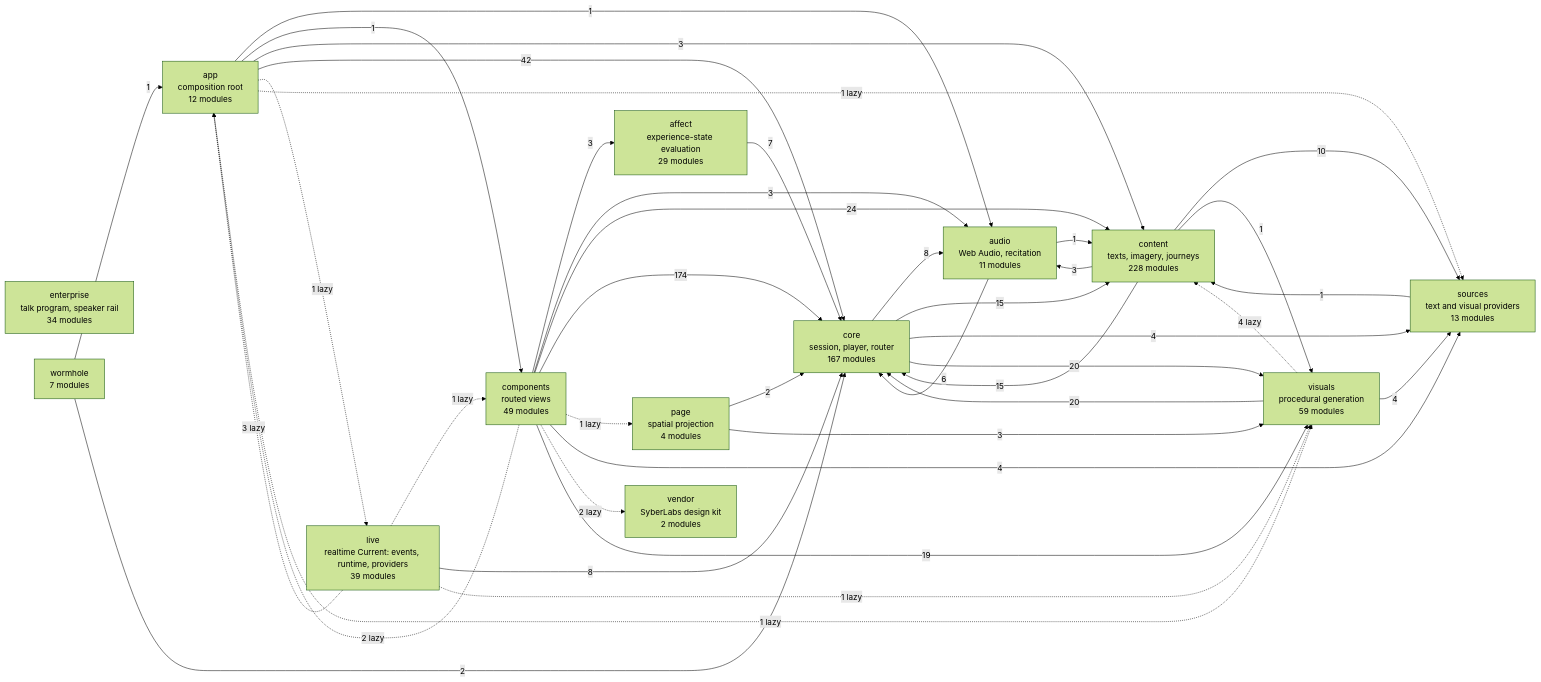
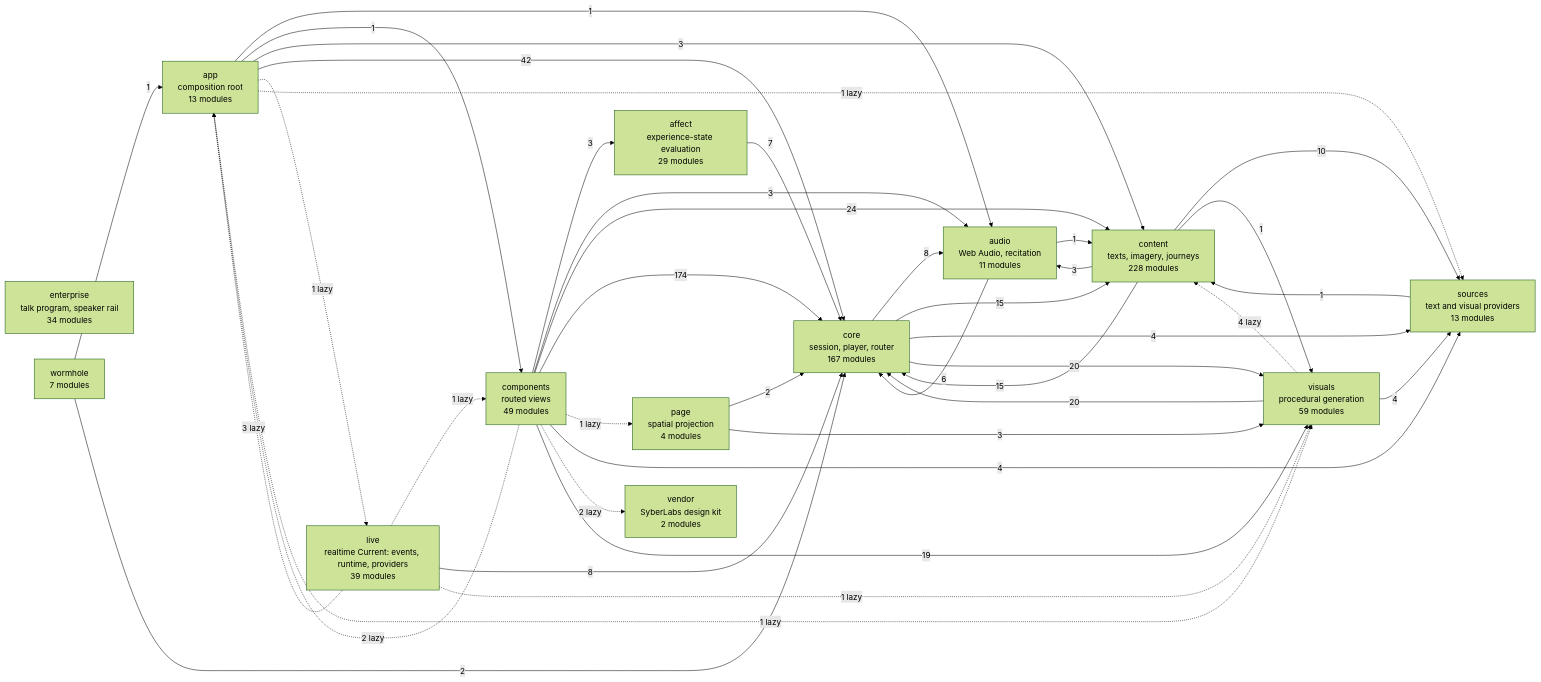
Before and after one commit to SyberLabs/RISE: the diagram in docs/specs/ARCHITECTURE.md, drawn with Mermaid (forest theme).

Commit message:
Regenerate the architecture diagram after bringing in main

````diff
--- a/docs/specs/ARCHITECTURE.md
+++ b/docs/specs/ARCHITECTURE.md
@@ -160,56 +160,56 @@
 ```mermaid
 flowchart LR
     affect["affect<br/>experience-state evaluation<br/>29 modules"]
-    app["app<br/>composition root<br/>12 modules"]
+    app["app<br/>composition root<br/>13 modules"]
     audio["audio<br/>Web Audio, recitation<br/>11 modules"]
     components["components<br/>routed views<br/>49 modules"]
     content["content<br/>texts, imagery, journeys<br/>228 modules"]
     core["core<br/>session, player, router<br/>167 modules"]
     enterprise["enterprise<br/>talk program, speaker rail<br/>34 modules"]
     live["live<br/>realtime Current: events, runtime, providers<br/>39 modules"]
     page["page<br/>spatial projection<br/>4 modules"]
     sources["sources<br/>text and visual providers<br/>13 modules"]
     vendor["vendor<br/>SyberLabs design kit<br/>2 modules"]
     visuals["visuals<br/>procedural generation<br/>59 modules"]
     wormhole["wormhole<br/>7 modules"]
 
     affect --> |7| core
     app --> |1| audio
     app --> |1| components
     app --> |3| content
     app --> |42| core
     app -.-> |1 lazy| live
     app -.-> |1 lazy| sources
     app -.-> |1 lazy| visuals
     audio --> |1| content
     audio --> |6| core
     components --> |3| affect
     components -.-> |2 lazy| app
     components --> |3| audio
     components --> |24| content
     components --> |174| core
     components -.-> |1 lazy| page
     components --> |4| sources
     components -.-> |2 lazy| vendor
     components --> |19| visuals
     content --> |3| audio
     content --> |15| core
     content --> |10| sources
     content --> |1| visuals
     core --> |8| audio
     core --> |15| content
     core --> |4| sources
     core --> |20| visuals
     live -.-> |3 lazy| app
     live -.-> |1 lazy| components
     live --> |8| core
     live -.-> |1 lazy| visuals
     page --> |2| core
     page --> |3| visuals
     sources --> |1| content
     visuals -.-> |4 lazy| content
     visuals --> |20| core
     visuals --> |4| sources
     wormhole --> |1| app
     wormhole --> |2| core
 ```
````
